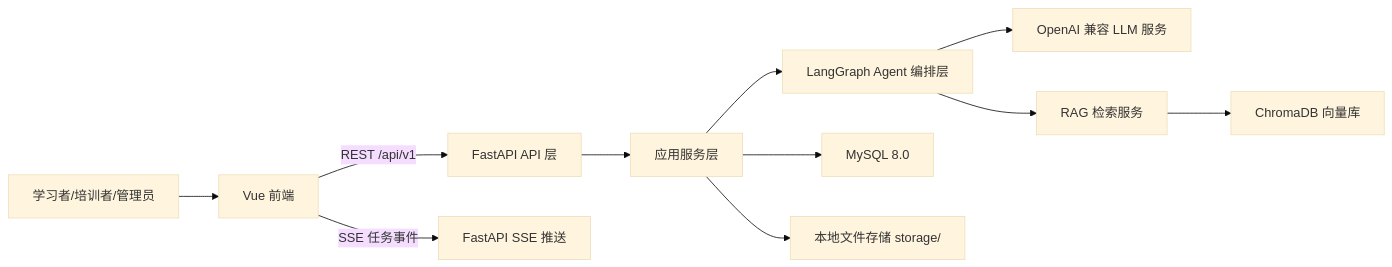
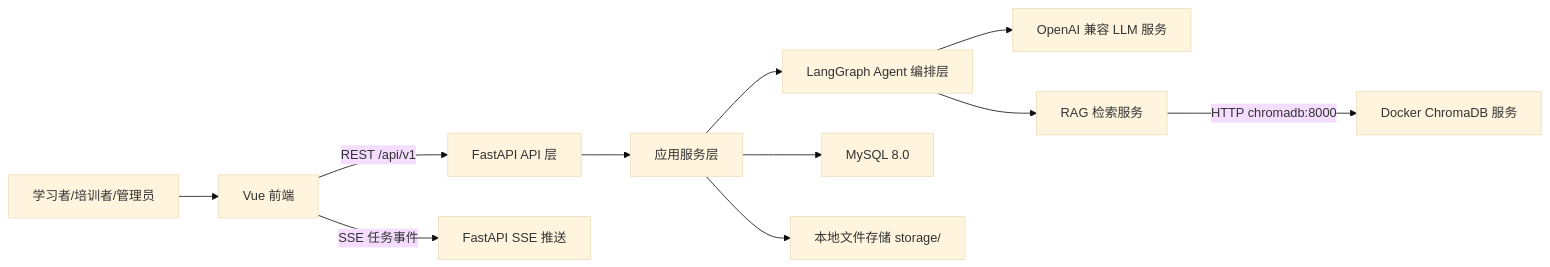
One commit to yolo1225/domainmind-agent changed the first of 2 diagrams in 设计文档-人工智能应用开发实训多智能体个性化知识生成系统.md. Above: the diagram before and after it, drawn with Mermaid (base theme). The commit also changed other lines of this file and 105 other files, not shown here.

````diff
--- a/设计文档-人工智能应用开发实训多智能体个性化知识生成系统.md
+++ b/设计文档-人工智能应用开发实训多智能体个性化知识生成系统.md
@@ -83,13 +84,13 @@
 ```mermaid
 flowchart LR
   U["学习者/培训者/管理员"] --> FE["Vue 前端"]
   FE -->|REST /api/v1| API["FastAPI API 层"]
   FE -->|SSE 任务事件| SSE["FastAPI SSE 推送"]
   API --> APP["应用服务层"]
   APP --> AG["LangGraph Agent 编排层"]
   AG --> LLM["OpenAI 兼容 LLM 服务"]
   AG --> RAG["RAG 检索服务"]
-  RAG --> CHROMA["ChromaDB 向量库"]
+  RAG -->|HTTP chromadb:8000| CHROMA["Docker ChromaDB 服务"]
   APP --> MYSQL["MySQL 8.0"]
   APP --> FILES["本地文件存储 storage/"]
 ```
````
